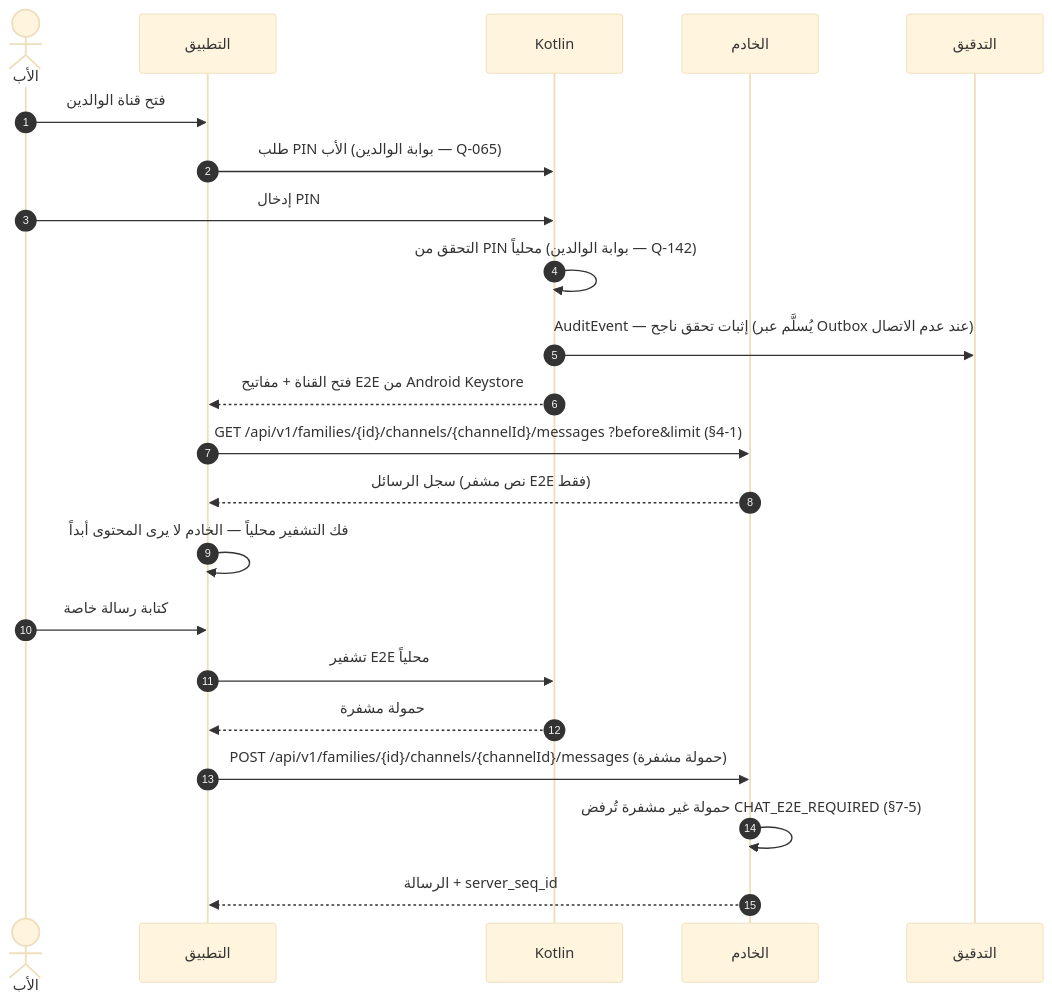
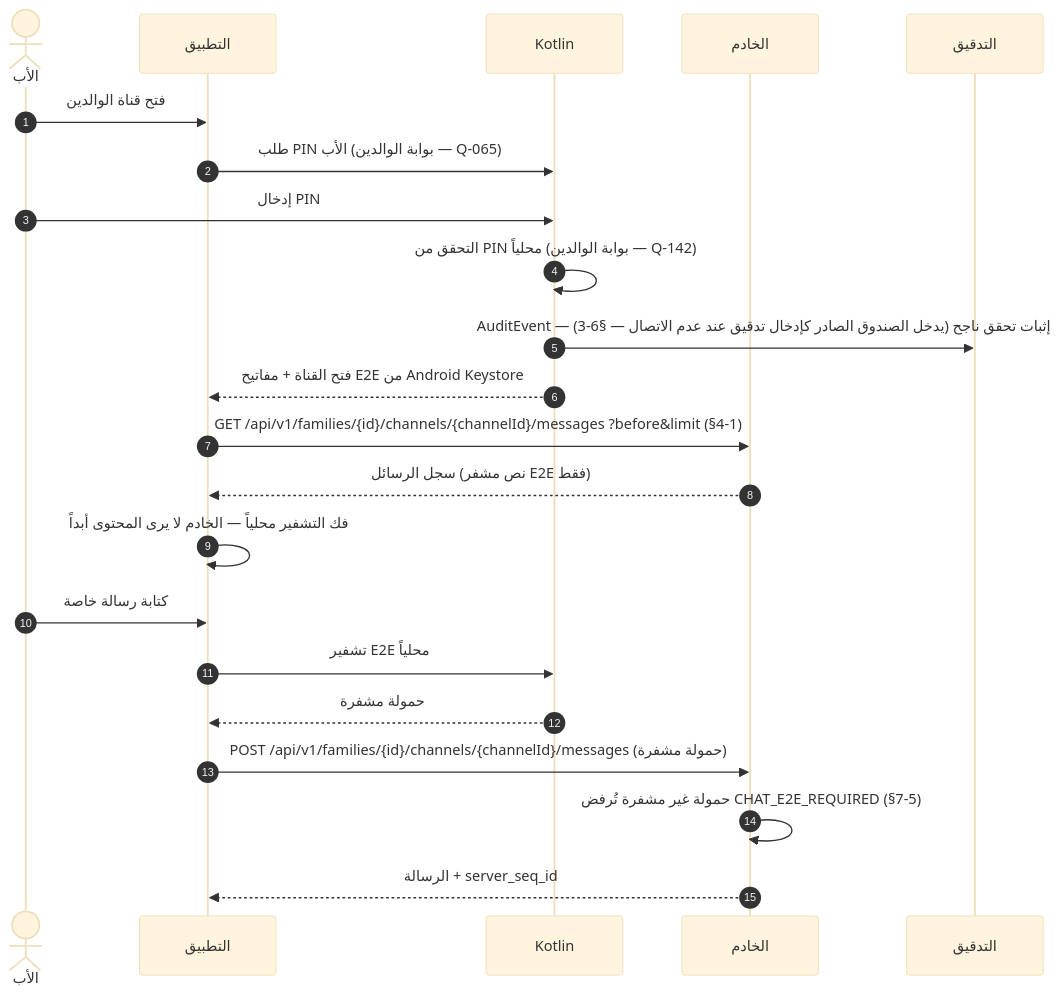
The fourth of 10 diagrams in docs/family-os/governance/phases/phase-1/S1-08-chat-basic/DIAGRAMS.md (Bassam-mohammed-alqaeadi/family-os-v2), drawn with Mermaid (base theme) before and after one commit. The commit also changed other lines of this file and 1 other file, not shown here.

````diff
--- a/docs/family-os/governance/phases/phase-1/S1-08-chat-basic/DIAGRAMS.md
+++ b/docs/family-os/governance/phases/phase-1/S1-08-chat-basic/DIAGRAMS.md
@@ -217,24 +223,24 @@
 ```mermaid
 sequenceDiagram
     autonumber
     actor Father as الأب
     participant App as التطبيق
     participant K as Kotlin
     participant Ktor as الخادم
     participant Audit as التدقيق
     Father->>App: فتح قناة الوالدين
     App->>K: طلب PIN الأب (بوابة الوالدين — Q-065)
     Father->>K: إدخال PIN
     K->>K: التحقق من PIN محلياً (بوابة الوالدين — Q-142)
-    K->>Audit: AuditEvent — إثبات تحقق ناجح (يُسلَّم عبر Outbox عند عدم الاتصال)
+    K->>Audit: AuditEvent — إثبات تحقق ناجح (يدخل الصندوق الصادر كإدخال تدقيق عند عدم الاتصال — §6-3)
     K-->>App: فتح القناة + مفاتيح E2E من Android Keystore
     App->>Ktor: GET /api/v1/families/{id}/channels/{channelId}/messages ?before&limit (§4-1)
     Ktor-->>App: سجل الرسائل (نص مشفر E2E فقط)
     App->>App: فك التشفير محلياً — الخادم لا يرى المحتوى أبداً
     Father->>App: كتابة رسالة خاصة
     App->>K: تشفير E2E محلياً
     K-->>App: حمولة مشفرة
     App->>Ktor: POST /api/v1/families/{id}/channels/{channelId}/messages (حمولة مشفرة)
     Ktor->>Ktor: حمولة غير مشفرة تُرفض CHAT_E2E_REQUIRED (§7-5)
     Ktor-->>App: الرسالة + server_seq_id
 ```
````
